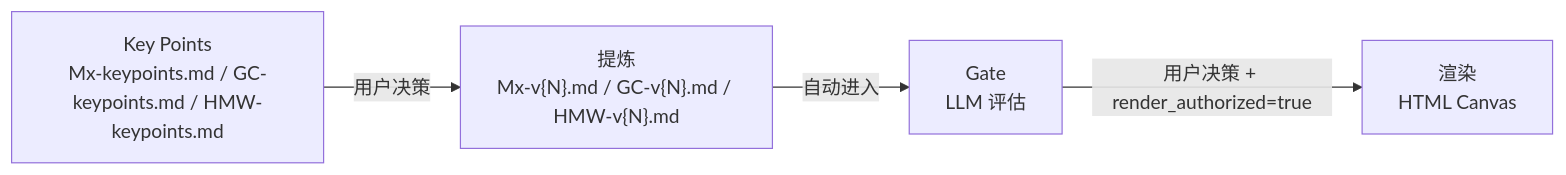
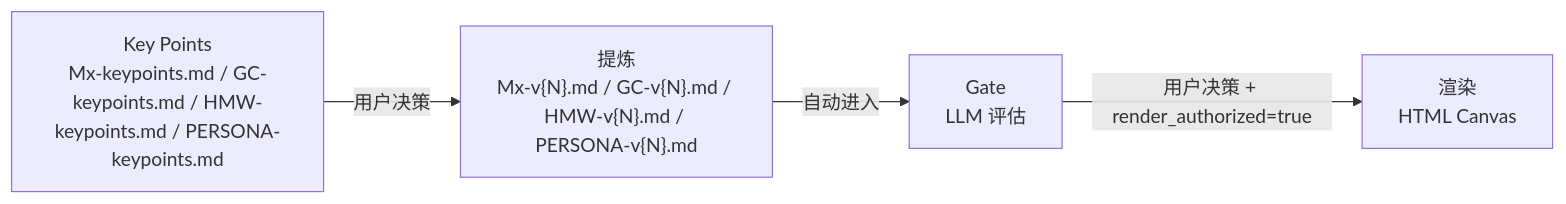
One commit to wanghongbj321-code/pratyaya changed the diagram in README.md. Above: the diagram before and after it, drawn with Mermaid. The commit also changed other lines of this file and 7 other files, not shown here.

First line of the commit message:
docs: §10 文档同步 - 更新四类画布、schema v2.2、Skill 数量

````diff
--- a/README.md
+++ b/README.md
@@ -20,10 +21,10 @@
 ```mermaid
 flowchart LR
-    A["Key Points<br/>Mx-keypoints.md / GC-keypoints.md / HMW-keypoints.md"]
-    B["提炼<br/>Mx-v{N}.md / GC-v{N}.md / HMW-v{N}.md"]
+    A["Key Points<br/>Mx-keypoints.md / GC-keypoints.md / HMW-keypoints.md / PERSONA-keypoints.md"]
+    B["提炼<br/>Mx-v{N}.md / GC-v{N}.md / HMW-v{N}.md / PERSONA-v{N}.md"]
     C["Gate<br/>LLM 评估"]
     D["渲染<br/>HTML Canvas"]
     A -->|用户决策| B
     B -->|自动进入| C
     C -->|用户决策 + render_authorized=true| D
 ```
````
